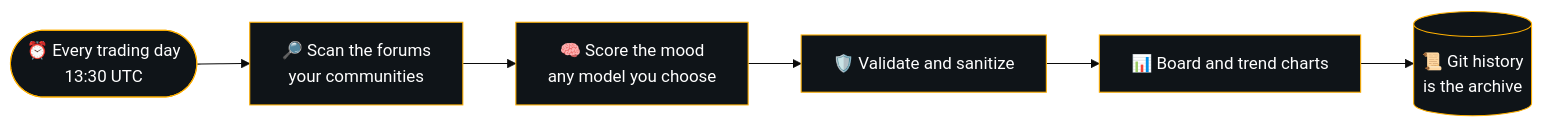
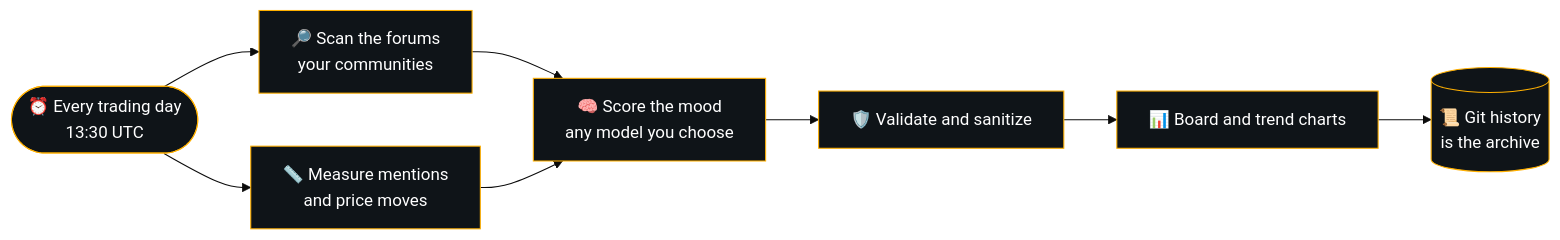
The diagram in README.md (bernhardbrugger/what-reddit-is-buying), drawn with Mermaid (base theme) before and after one commit. The commit also changed other lines of this file and 17 other files, not shown here.

````diff
--- a/README.md
+++ b/README.md
@@ -47,10 +47,12 @@
 ```mermaid
 flowchart LR
     A([⏰ Every trading day<br/>13:30 UTC]) --> B[🔎 Scan the forums<br/>your communities]
+    A --> M[📏 Measure mentions<br/>and price moves]
     B --> C[🧠 Score the mood<br/>any model you choose]
+    M --> C
     C --> D[🛡️ Validate and sanitize]
     D --> E[📊 Board and trend charts]
     E --> F[(📜 Git history<br/>is the archive)]
     classDef n fill:#0f1418,stroke:#ffb000,color:#ffffff;
-    class A,B,C,D,E,F n;
+    class A,B,M,C,D,E,F n;
 ```
````
